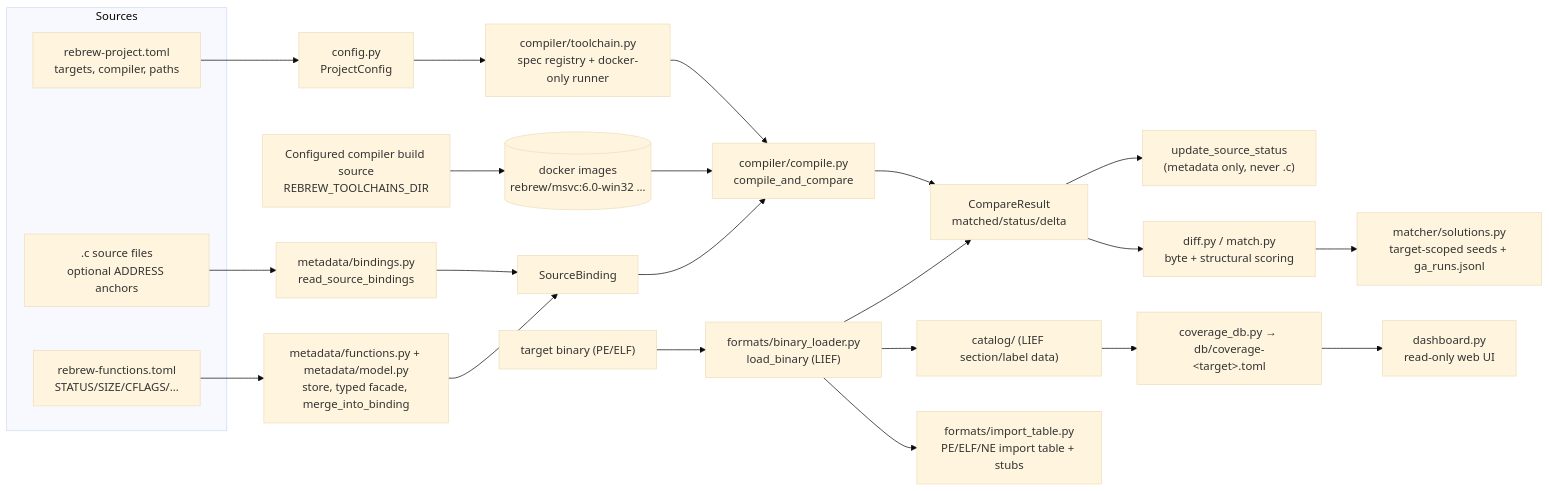
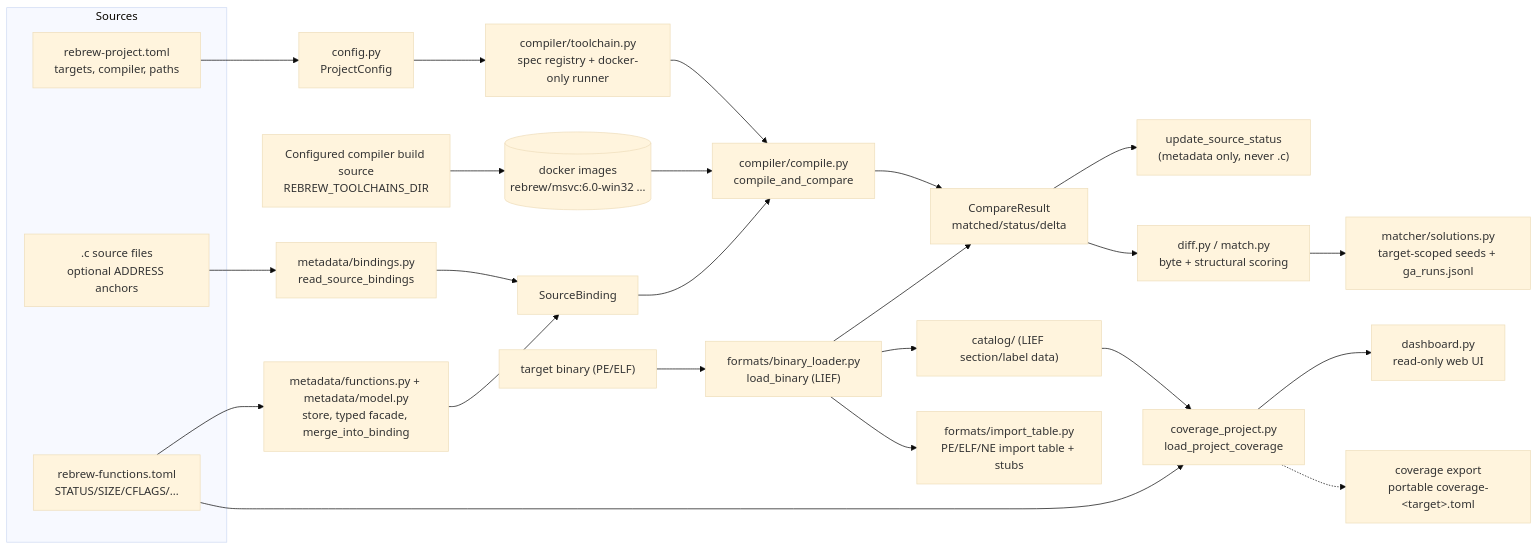
The diagram in docs/ARCHITECTURE.md (maci0/rebrew), drawn with Mermaid (base theme) before and after one commit. The commit also changed other lines of this file and 43 other files, not shown here.

````diff
--- a/docs/ARCHITECTURE.md
+++ b/docs/ARCHITECTURE.md
@@ -24,35 +24,37 @@
 ```mermaid
 flowchart LR
     subgraph Sources
         C[".c source files<br/>optional ADDRESS anchors"]
         TOML["rebrew-project.toml<br/>targets, compiler, paths"]
         META["rebrew-functions.toml<br/>STATUS/SIZE/CFLAGS/…"]
     end
 
     C --> ANNOT["metadata/bindings.py<br/>read_source_bindings"]
     META --> FACADE["metadata/functions.py + metadata/model.py<br/>store, typed facade, merge_into_binding"]
     TOML --> CFG["config.py<br/>ProjectConfig"]
 
     ANNOT --> MERGED["SourceBinding"]
     FACADE --> MERGED
 
     CFG --> TOOLCHAIN["compiler/toolchain.py<br/>spec registry + docker-only runner"]
     RT["Configured compiler build source<br/>REBREW_TOOLCHAINS_DIR"] --> IMG[("docker images<br/>rebrew/msvc:6.0-win32 …")]
     TOOLCHAIN --> COMPILE["compiler/compile.py<br/>compile_and_compare"]
     IMG --> COMPILE
 
     BIN["target binary (PE/ELF)"] --> LOAD["formats/binary_loader.py<br/>load_binary (LIEF)"]
     MERGED --> COMPILE
     COMPILE --> CMP["CompareResult<br/>matched/status/delta"]
     LOAD --> CMP
 
     CMP --> STATUS["update_source_status<br/>(metadata only, never .c)"]
     CMP --> DIFF["diff.py / match.py<br/>byte + structural scoring"]
 
     LOAD --> CATALOG["catalog/ (LIEF section/label data)"]
-    CATALOG --> DB["coverage_db.py → db/coverage-&lt;target&gt;.toml"]
-    DB --> DASH["dashboard.py<br/>read-only web UI"]
+    CATALOG --> COVERAGE["coverage_project.py<br/>load_project_coverage"]
+    META --> COVERAGE
+    COVERAGE --> DASH["dashboard.py<br/>read-only web UI"]
+    COVERAGE -.-> DB["coverage export<br/>portable coverage-&lt;target&gt;.toml"]
 
     LOAD --> IMPORTS["formats/import_table.py<br/>PE/ELF/NE import table + stubs"]
     DIFF --> SOL["matcher/solutions.py<br/>target-scoped seeds + ga_runs.jsonl"]
 ```
````
